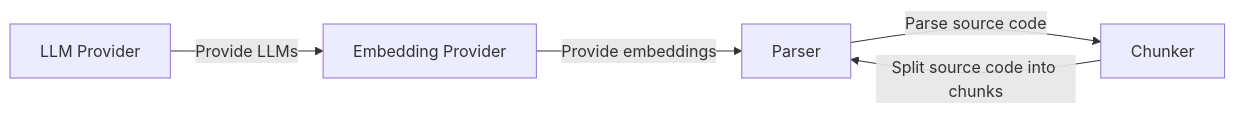
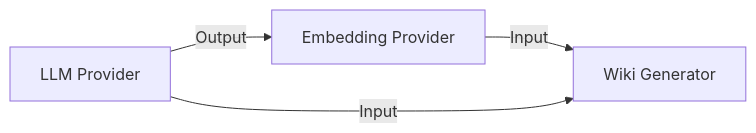
One commit to UrbanDiver/local-deepwiki-mcp changed the first of 2 diagrams in .deepwiki/architecture.md. Above: the diagram before and after it, drawn with Mermaid. The commit also changed other lines of this file and 6 other files, not shown here.

````diff
--- a/.deepwiki/architecture.md
+++ b/.deepwiki/architecture.md
@@ -21,7 +69,6 @@
 ```mermaid
 graph LR
-    A[LLM Provider] -->|Provide LLMs| B[Embedding Provider]
-    B -->|Provide embeddings| C[Parser]
-    C -->|Parse source code| D[Chunker]
-    D -->|Split source code into chunks| C
+    A[LLM Provider] -->|Output| B[Embedding Provider]
+    B -->|Input| C[Wiki Generator]
+    A -->|Input| C
 ```
````
